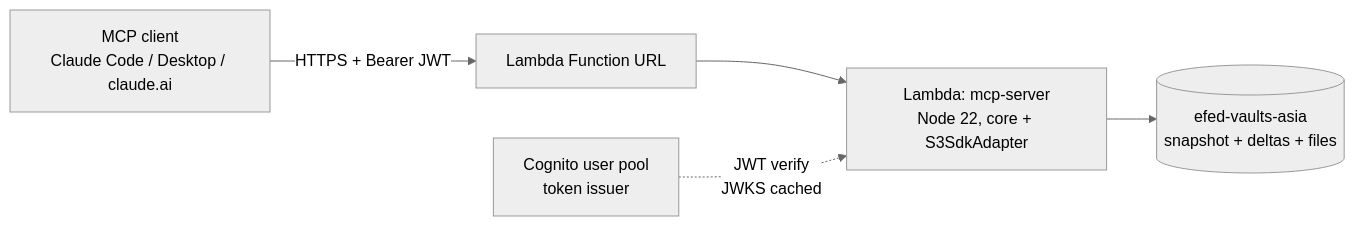
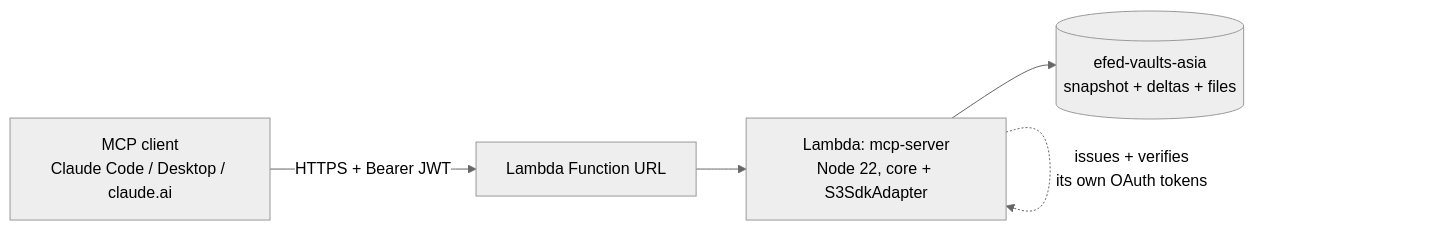
Before and after one commit to bestchanges/obsidian-s3-github-sync: the diagram in MCP Server Design.md, drawn with Mermaid (neutral theme). The commit also changed other lines of this file and 20 other files, not shown here.

````diff
--- a/MCP Server Design.md
+++ b/MCP Server Design.md
@@ -96,7 +96,7 @@
 ```mermaid
 flowchart LR
     C[MCP client\nClaude Code / Desktop / claude.ai] -->|HTTPS + Bearer JWT| FU[Lambda Function URL]
     FU --> L[Lambda: mcp-server\nNode 22, core + S3SdkAdapter]
     L --> S3[(efed-vaults-asia\nsnapshot + deltas + files)]
-    COG[Cognito user pool\ntoken issuer] -.JWT verify\nJWKS cached.-> L
+    L -.issues + verifies\nits own OAuth tokens.-> L
 ```
````
